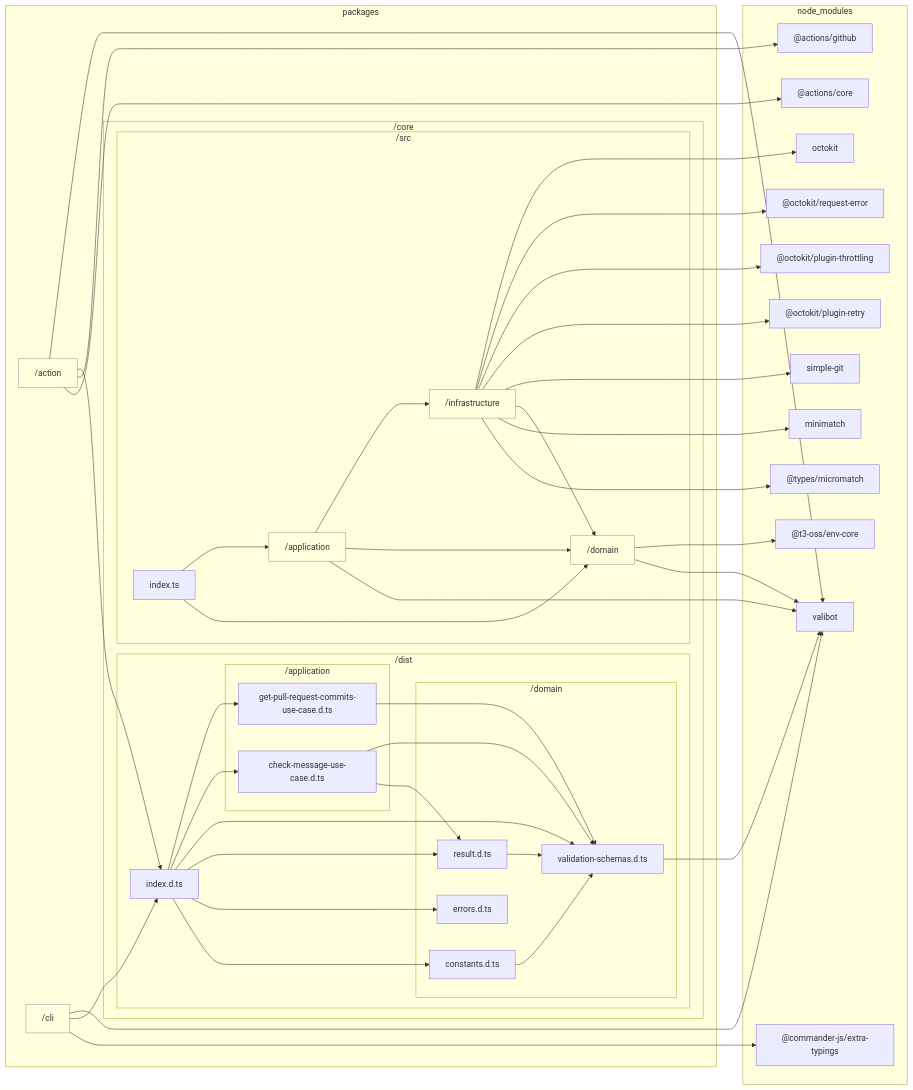
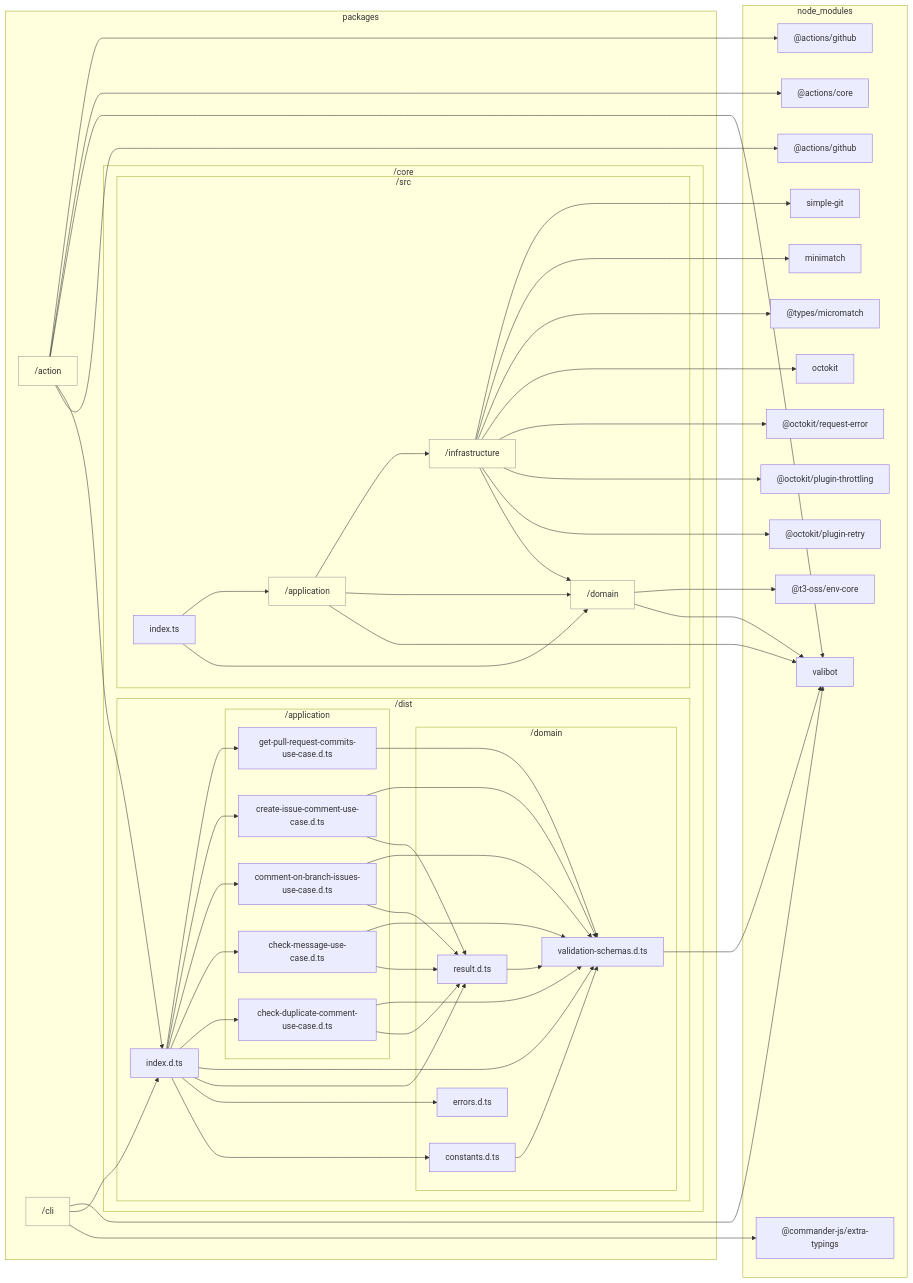
The diagram in docs/reports/dependencies/core-architecture.md (sugurutakahashi-1234/issue-linker), drawn with Mermaid before and after one commit. The commit also changed 29 other files, not shown here.

First line of the commit message:
feat: add comment-on-issues-when-branch-pushed functionality (#11)

````diff
--- a/docs/reports/dependencies/core-architecture.md
+++ b/docs/reports/dependencies/core-architecture.md
@@ -20,7 +20,10 @@
                     packages/core/dist/domain/result.d.ts["result.d.ts"]
                 end
                 subgraph packages/core/dist/application["/application"]
+                    packages/core/dist/application/check//duplicate//comment//use//case.d.ts["check-duplicate-comment-use-case.d.ts"]
                     packages/core/dist/application/check//message//use//case.d.ts["check-message-use-case.d.ts"]
+                    packages/core/dist/application/comment//on//branch//issues//use//case.d.ts["comment-on-branch-issues-use-case.d.ts"]
+                    packages/core/dist/application/create//issue//comment//use//case.d.ts["create-issue-comment-use-case.d.ts"]
                     packages/core/dist/application/get//pull//request//commits//use//case.d.ts["get-pull-request-commits-use-case.d.ts"]
                 end
             end
@@ -33,44 +36,52 @@
         end
     end
     subgraph node//modules["node_modules"]
+        node//modules///actions/github/lib/context.d.ts["@actions/github"]
         node//modules/valibot/dist/index.d.cts["valibot"]
         node//modules///actions/core/lib/core.d.ts["@actions/core"]
         node//modules///actions/github/lib/github.d.ts["@actions/github"]
         node//modules///commander//js/extra//typings/index.d.ts["@commander-js/extra-typings"]
-        node//modules///types/micromatch/index.d.ts["@types/micromatch"]
-        node//modules/minimatch/dist/commonjs/index.d.ts["minimatch"]
         node//modules///t3//oss/env//core/dist/index.d.ts["@t3-oss/env-core"]
-        node//modules/simple//git/dist/typings/index.d.ts["simple-git"]
         node//modules///octokit/plugin//retry/dist//types/index.d.ts["@octokit/plugin-retry"]
         node//modules///octokit/plugin//throttling/dist//types/index.d.ts["@octokit/plugin-throttling"]
         node//modules///octokit/request//error/dist//types/index.d.ts["@octokit/request-error"]
         node//modules/octokit/dist//types/index.d.ts["octokit"]
+        node//modules///types/micromatch/index.d.ts["@types/micromatch"]
+        node//modules/minimatch/dist/commonjs/index.d.ts["minimatch"]
+        node//modules/simple//git/dist/typings/index.d.ts["simple-git"]
     end
+    packages/action-->node//modules///actions/github/lib/context.d.ts
     packages/core/dist/domain/validation//schemas.d.ts-->node//modules/valibot/dist/index.d.cts
     packages/core/dist/domain/constants.d.ts-->packages/core/dist/domain/validation//schemas.d.ts
     packages/core/dist/domain/result.d.ts-->packages/core/dist/domain/validation//schemas.d.ts
+    packages/core/dist/application/check//duplicate//comment//use//case.d.ts-->packages/core/dist/domain/result.d.ts
+    packages/core/dist/application/check//duplicate//comment//use//case.d.ts-->packages/core/dist/domain/validation//schemas.d.ts
     packages/core/dist/application/check//message//use//case.d.ts-->packages/core/dist/domain/result.d.ts
     packages/core/dist/application/check//message//use//case.d.ts-->packages/core/dist/domain/validation//schemas.d.ts
+    packages/core/dist/application/comment//on//branch//issues//use//case.d.ts-->packages/core/dist/domain/result.d.ts
+    packages/core/dist/application/comment//on//branch//issues//use//case.d.ts-->packages/core/dist/domain/validation//schemas.d.ts
+    packages/core/dist/application/create//issue//comment//use//case.d.ts-->packages/core/dist/domain/result.d.ts
+    packages/core/dist/application/create//issue//comment//use//case.d.ts-->packages/core/dist/domain/validation//schemas.d.ts
     packages/core/dist/application/get//pull//request//commits//use//case.d.ts-->packages/core/dist/domain/validation//schemas.d.ts
     packages/core/dist/index.d.ts-->packages/core/dist/domain/constants.d.ts
     packages/core/dist/index.d.ts-->packages/core/dist/domain/errors.d.ts
     packages/core/dist/index.d.ts-->packages/core/dist/domain/result.d.ts
     packages/core/dist/index.d.ts-->packages/core/dist/domain/validation//schemas.d.ts
+    packages/core/dist/index.d.ts-->packages/core/dist/application/check//duplicate//comment//use//case.d.ts
     packages/core/dist/index.d.ts-->packages/core/dist/application/check//message//use//case.d.ts
+    packages/core/dist/index.d.ts-->packages/core/dist/application/comment//on//branch//issues//use//case.d.ts
+    packages/core/dist/index.d.ts-->packages/core/dist/application/create//issue//comment//use//case.d.ts
     packages/core/dist/index.d.ts-->packages/core/dist/application/get//pull//request//commits//use//case.d.ts
+    packages/action-->packages/core/dist/index.d.ts
+    packages/action-->node//modules/valibot/dist/index.d.cts
     packages/action-->node//modules///actions/core/lib/core.d.ts
     packages/action-->node//modules///actions/github/lib/github.d.ts
-    packages/action-->packages/core/dist/index.d.ts
-    packages/action-->node//modules/valibot/dist/index.d.cts
     packages/cli-->node//modules///commander//js/extra//typings/index.d.ts
     packages/cli-->packages/core/dist/index.d.ts
     packages/cli-->node//modules/valibot/dist/index.d.cts
     packages/core/src/domain-->node//modules/valibot/dist/index.d.cts
-    packages/core/src/infrastructure-->node//modules///types/micromatch/index.d.ts
-    packages/core/src/infrastructure-->node//modules/minimatch/dist/commonjs/index.d.ts
+    packages/core/src/domain-->node//modules///t3//oss/env//core/dist/index.d.ts
     packages/core/src/infrastructure-->packages/core/src/domain
-    packages/core/src/domain-->node//modules///t3//oss/env//core/dist/index.d.ts
-    packages/core/src/infrastructure-->node//modules/simple//git/dist/typings/index.d.ts
     packages/core/src/infrastructure-->node//modules///octokit/plugin//retry/dist//types/index.d.ts
     packages/core/src/infrastructure-->node//modules///octokit/plugin//throttling/dist//types/index.d.ts
     packages/core/src/infrastructure-->node//modules///octokit/request//error/dist//types/index.d.ts
@@ -78,6 +89,9 @@
     packages/core/src/application-->node//modules/valibot/dist/index.d.cts
     packages/core/src/application-->packages/core/src/domain
     packages/core/src/application-->packages/core/src/infrastructure
+    packages/core/src/infrastructure-->node//modules///types/micromatch/index.d.ts
+    packages/core/src/infrastructure-->node//modules/minimatch/dist/commonjs/index.d.ts
+    packages/core/src/infrastructure-->node//modules/simple//git/dist/typings/index.d.ts
     packages/core/src/index.ts-->packages/core/src/domain
     packages/core/src/index.ts-->packages/core/src/application
 ```
````
